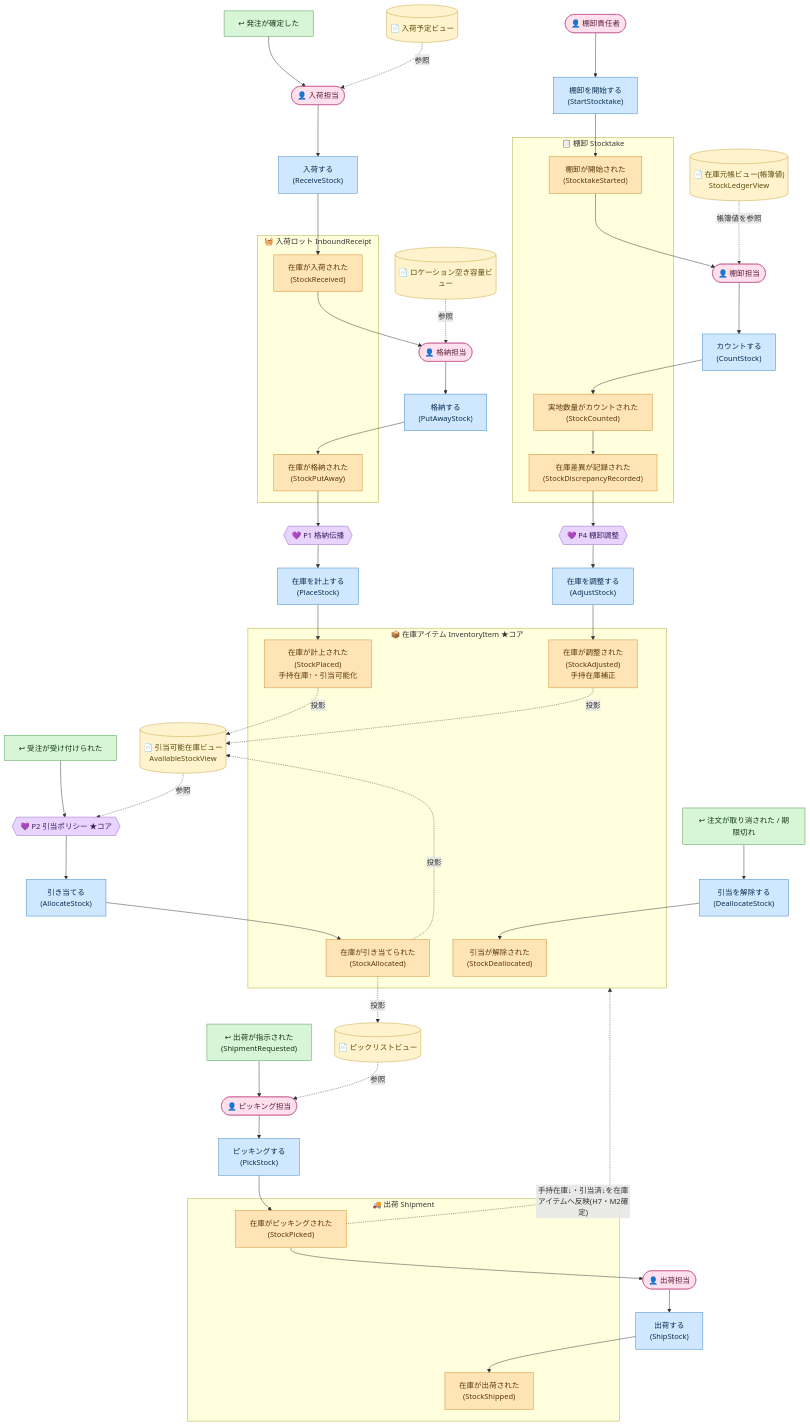
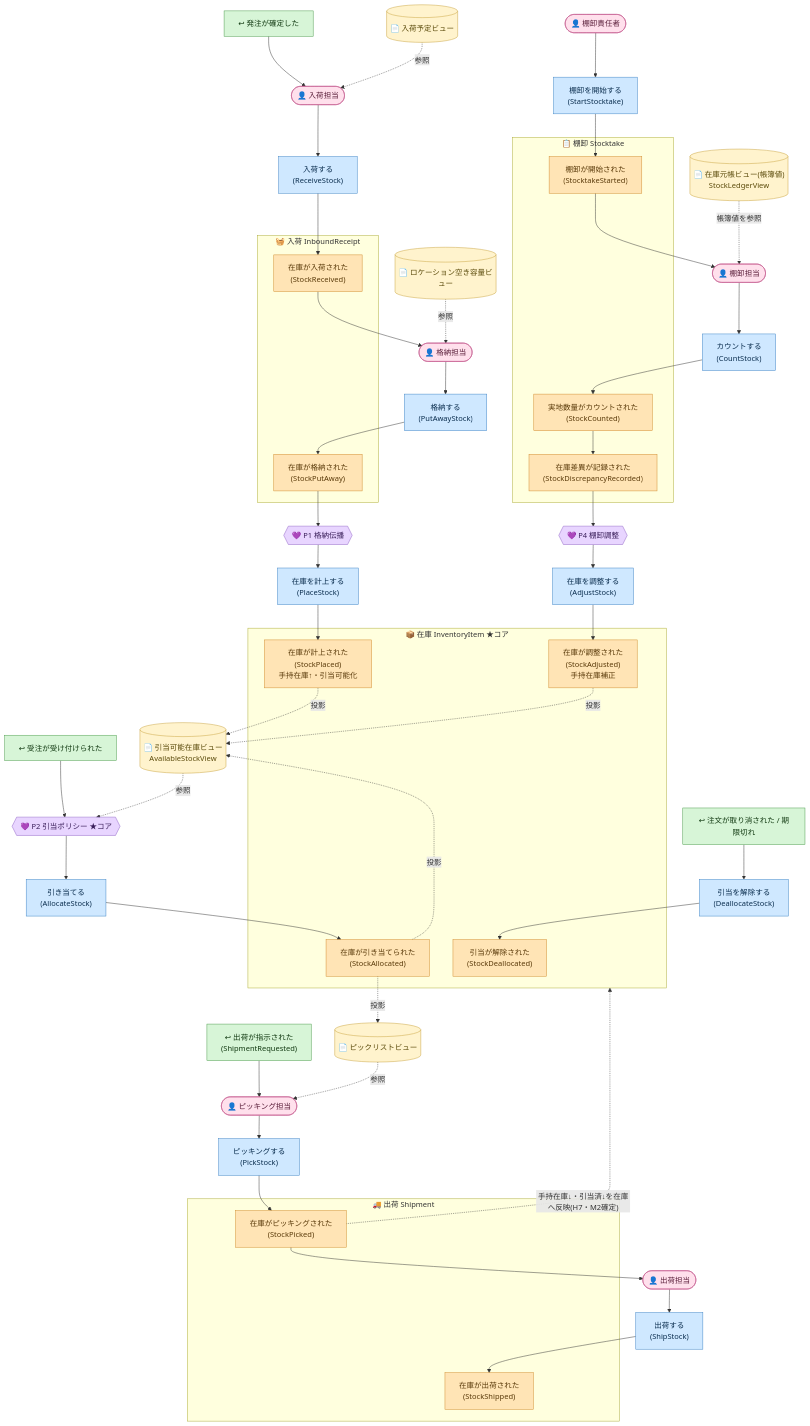
One commit to nenokido2000/event-sourcing-handson changed the diagram in docs/event-storming/02-process.md. Above: the diagram before and after it, drawn with Mermaid. The commit also changed other lines of this file and 6 other files, not shown here.

```diff
--- a/docs/event-storming/02-process.md
+++ b/docs/event-storming/02-process.md
@@ -109,11 +112,11 @@
     P4{{"💜 P4 棚卸調整"}}:::pol
 
     %% ── 集約（整合性境界）＝サブグラフ ──
-    subgraph AG_RCV["🧺 入荷ロット InboundReceipt"]
+    subgraph AG_RCV["🧺 入荷 InboundReceipt"]
       E_RCV["在庫が入荷された<br/>(StockReceived)"]:::evt
       E_PUT["在庫が格納された<br/>(StockPutAway)"]:::evt
     end
-    subgraph AG_INV["📦 在庫アイテム InventoryItem ★コア"]
+    subgraph AG_INV["📦 在庫 InventoryItem ★コア"]
       E_PLACE["在庫が計上された<br/>(StockPlaced)<br/>手持在庫↑・引当可能化"]:::evt
       E_ALLOC["在庫が引き当てられた<br/>(StockAllocated)"]:::evt
       E_DEALLOC["引当が解除された<br/>(StockDeallocated)"]:::evt
@@ -149,7 +152,7 @@
     RM_PICK -.参照.-> A_PICK
     A_PICK --> C_PICK --> E_PICK
     E_PICK --> A_SHIP --> C_SHIP --> E_SHIP
-    E_PICK -. 手持在庫↓・引当済↓を在庫アイテムへ反映(H7・M2確定) .-> AG_INV
+    E_PICK -. 手持在庫↓・引当済↓を在庫へ反映(H7・M2確定) .-> AG_INV
 
     %% ── 棚卸（人＋自動）──
     A_STK --> C_STK --> E_STKSTART
```
